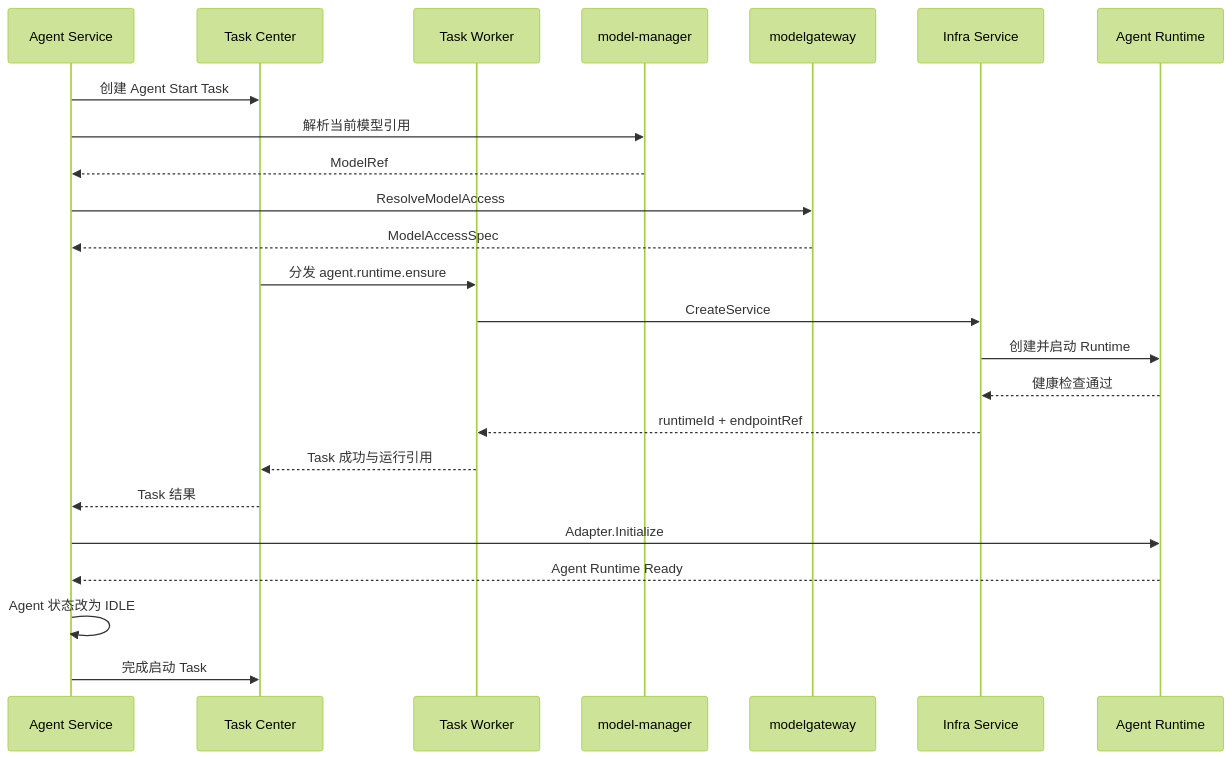
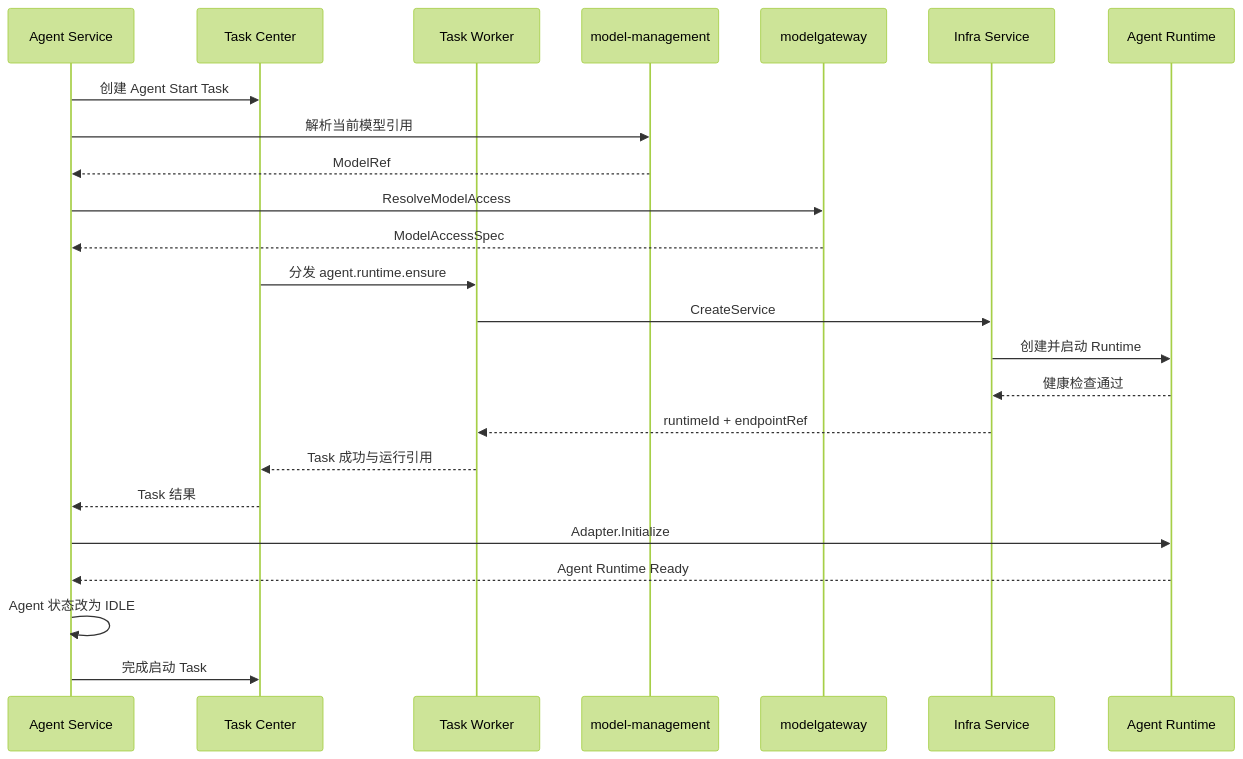
The sixth of 9 diagrams in 00_product/domains/agent/product-spec.md (wangweihong/omnimam-spec), drawn with Mermaid (forest theme) before and after one commit. The commit also changed other lines of this file and 38 other files, not shown here.

````diff
--- a/00_product/domains/agent/product-spec.md
+++ b/00_product/domains/agent/product-spec.md
@@ -1245,31 +1270,31 @@
 ```mermaid
 sequenceDiagram
     participant AS as Agent Service
     participant TC as Task Center
     participant TW as Task Worker
-    participant MM as model-manager
+    participant MM as model-management
     participant MG as modelgateway
     participant IS as Infra Service
     participant AR as Agent Runtime
 
     AS->>TC: 创建 Agent Start Task
     AS->>MM: 解析当前模型引用
     MM-->>AS: ModelRef
 
     AS->>MG: ResolveModelAccess
     MG-->>AS: ModelAccessSpec
 
     TC->>TW: 分发 agent.runtime.ensure
     TW->>IS: CreateService
     IS->>AR: 创建并启动 Runtime
     AR-->>IS: 健康检查通过
     IS-->>TW: runtimeId + endpointRef
     TW-->>TC: Task 成功与运行引用
     TC-->>AS: Task 结果
 
     AS->>AR: Adapter.Initialize
     AR-->>AS: Agent Runtime Ready
 
     AS->>AS: Agent 状态改为 IDLE
     AS->>TC: 完成启动 Task
 ```
````
